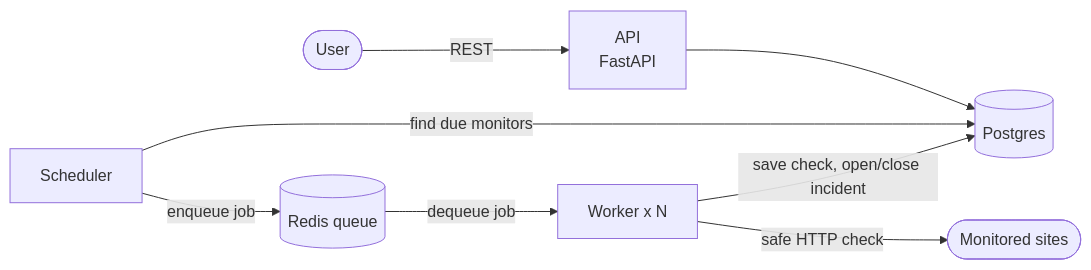
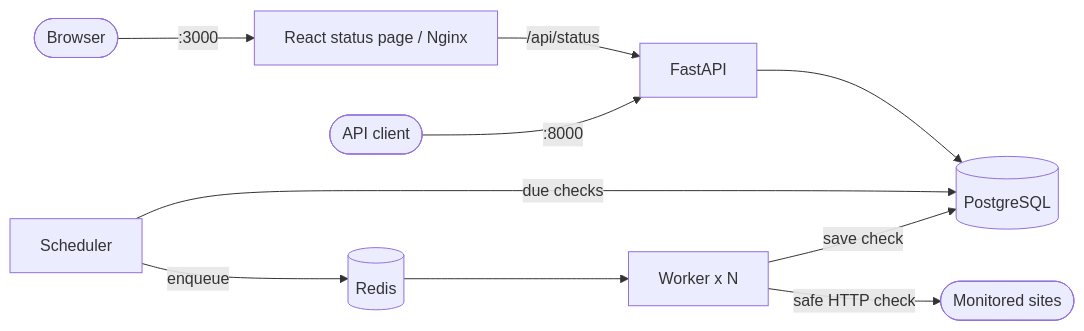
One commit to alvinl33-1/uptime-monitor changed the diagram in README.md. Above: the diagram before and after it, drawn with Mermaid. The commit also changed other lines of this file, not shown here.

````diff
--- a/README.md
+++ b/README.md
@@ -20,10 +20,12 @@
 ```mermaid
 flowchart LR
-    User([User]) -->|REST| API[API<br/>FastAPI]
-    API --> DB[(Postgres)]
-    Sched[Scheduler] -->|find due monitors| DB
-    Sched -->|enqueue job| Redis[(Redis queue)]
-    Redis -->|dequeue job| Worker[Worker x N]
+    Browser([Browser]) -->|:3000| Frontend[React status page / Nginx]
+    Frontend -->|/api/status| API[FastAPI]
+    User([API client]) -->|:8000| API
+    API --> DB[(PostgreSQL)]
+    Scheduler[Scheduler] -->|due checks| DB
+    Scheduler -->|enqueue| Redis[(Redis)]
+    Redis --> Worker[Worker x N]
     Worker -->|safe HTTP check| Sites([Monitored sites])
-    Worker -->|save check, open/close incident| DB
+    Worker -->|save check| DB
 ```
````
